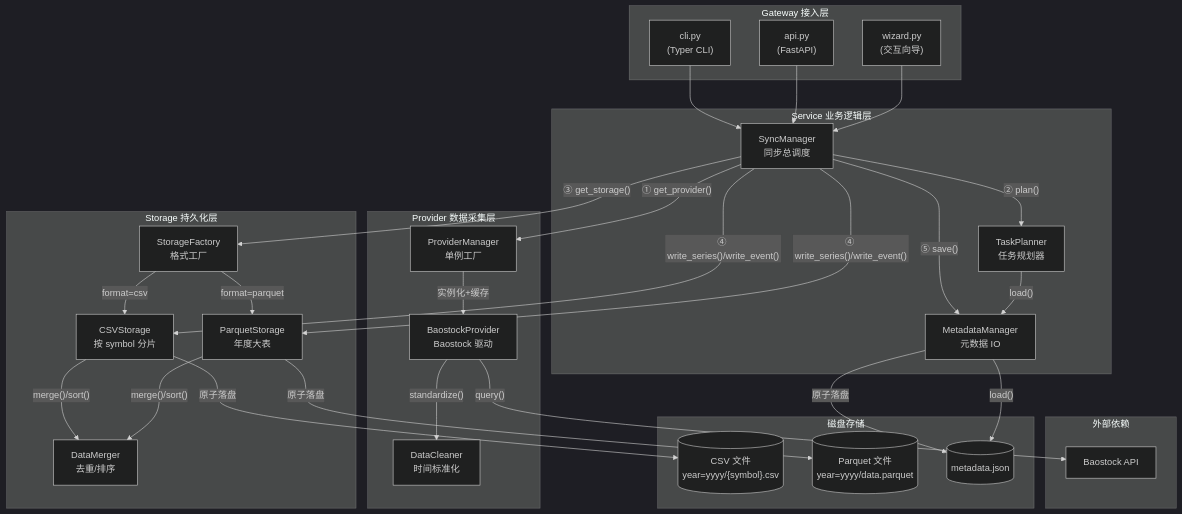
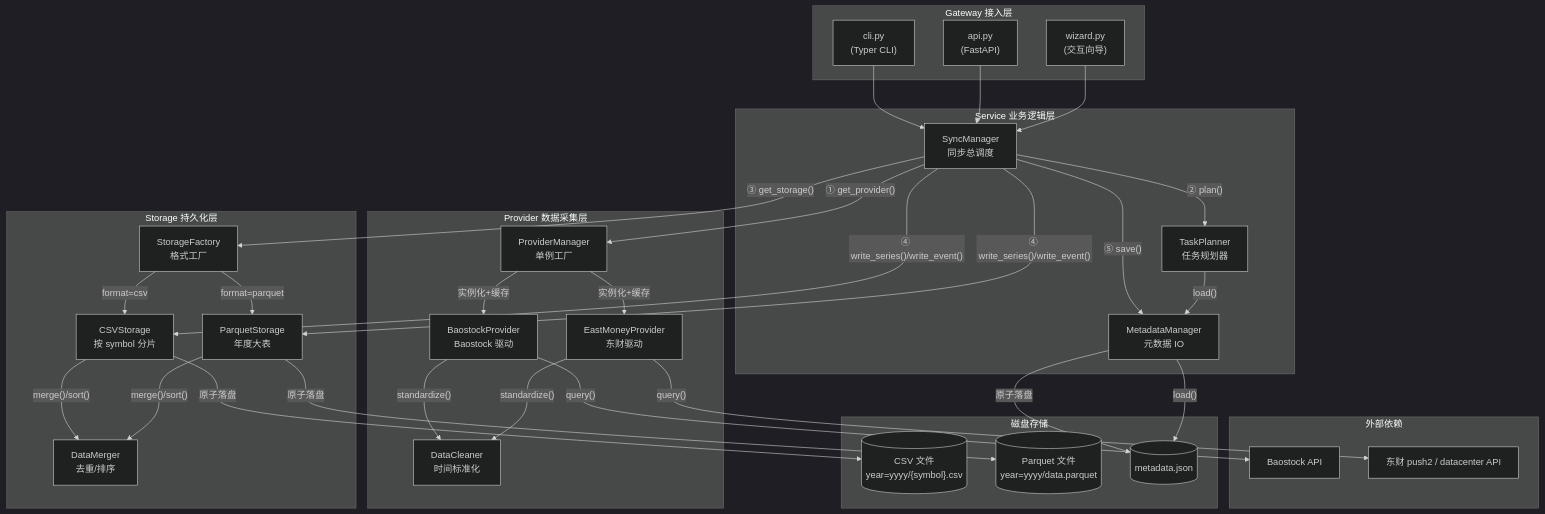
The diagram in AGENTS.md (CRThu/CarrotQuant.Data), drawn with Mermaid (dark theme) before and after one commit. The commit also changed other lines of this file and 11 other files, not shown here.

````diff
--- a/AGENTS.md
+++ b/AGENTS.md
@@ -66,65 +69,70 @@
 ```mermaid
 graph TB
     subgraph Gateway["Gateway 接入层"]
         CLI["cli.py<br/>(Typer CLI)"]
         API["api.py<br/>(FastAPI)"]
         WIZARD["wizard.py<br/>(交互向导)"]
     end
 
     subgraph Service["Service 业务逻辑层"]
         SM["SyncManager<br/>同步总调度"]
         TP["TaskPlanner<br/>任务规划器"]
         MM["MetadataManager<br/>元数据 IO"]
     end
 
     subgraph Provider["Provider 数据采集层"]
         PM["ProviderManager<br/>单例工厂"]
         BP["BaostockProvider<br/>Baostock 驱动"]
+        EP["EastMoneyProvider<br/>东财驱动"]
         DC["DataCleaner<br/>时间标准化"]
     end
 
     subgraph Storage["Storage 持久化层"]
         SF["StorageFactory<br/>格式工厂"]
         CSV["CSVStorage<br/>按 symbol 分片"]
         PQ["ParquetStorage<br/>年度大表"]
         DM["DataMerger<br/>去重/排序"]
     end
 
     subgraph External["外部依赖"]
         BAOSTOCK["Baostock API"]
+        EASTMONEY["东财 push2 / datacenter API"]
     end
 
     subgraph Disk["磁盘存储"]
         CSV_FILES[("CSV 文件<br/>year=yyyy/{symbol}.csv")]
         PQ_FILES[("Parquet 文件<br/>year=yyyy/data.parquet")]
         META[("metadata.json")]
     end
 
     CLI --> SM
     API --> SM
     WIZARD --> SM
 
     SM -->|"① get_provider()"| PM
     SM -->|"② plan()"| TP
     SM -->|"③ get_storage()"| SF
     SM -->|"④ write_series()/write_event()"| CSV
     SM -->|"④ write_series()/write_event()"| PQ
     SM -->|"⑤ save()"| MM
 
     TP -->|"load()"| MM
 
     PM -->|"实例化+缓存"| BP
+    PM -->|"实例化+缓存"| EP
     BP -->|"standardize()"| DC
     BP -->|"query()"| BAOSTOCK
+    EP -->|"standardize()"| DC
+    EP -->|"query()"| EASTMONEY
 
     SF -->|"format=csv"| CSV
     SF -->|"format=parquet"| PQ
 
     CSV -->|"merge()/sort()"| DM
     PQ -->|"merge()/sort()"| DM
 
     CSV -->|"原子落盘"| CSV_FILES
     PQ -->|"原子落盘"| PQ_FILES
     MM -->|"原子落盘"| META
     MM -->|"load()"| META
 ```
````
